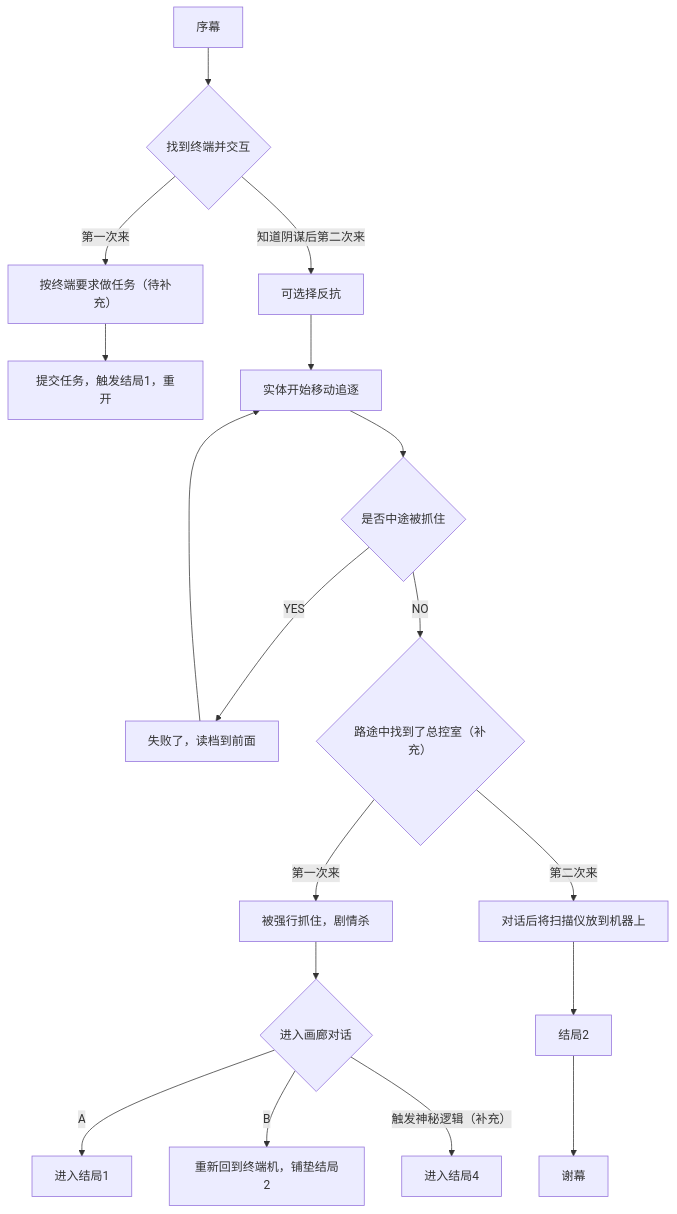
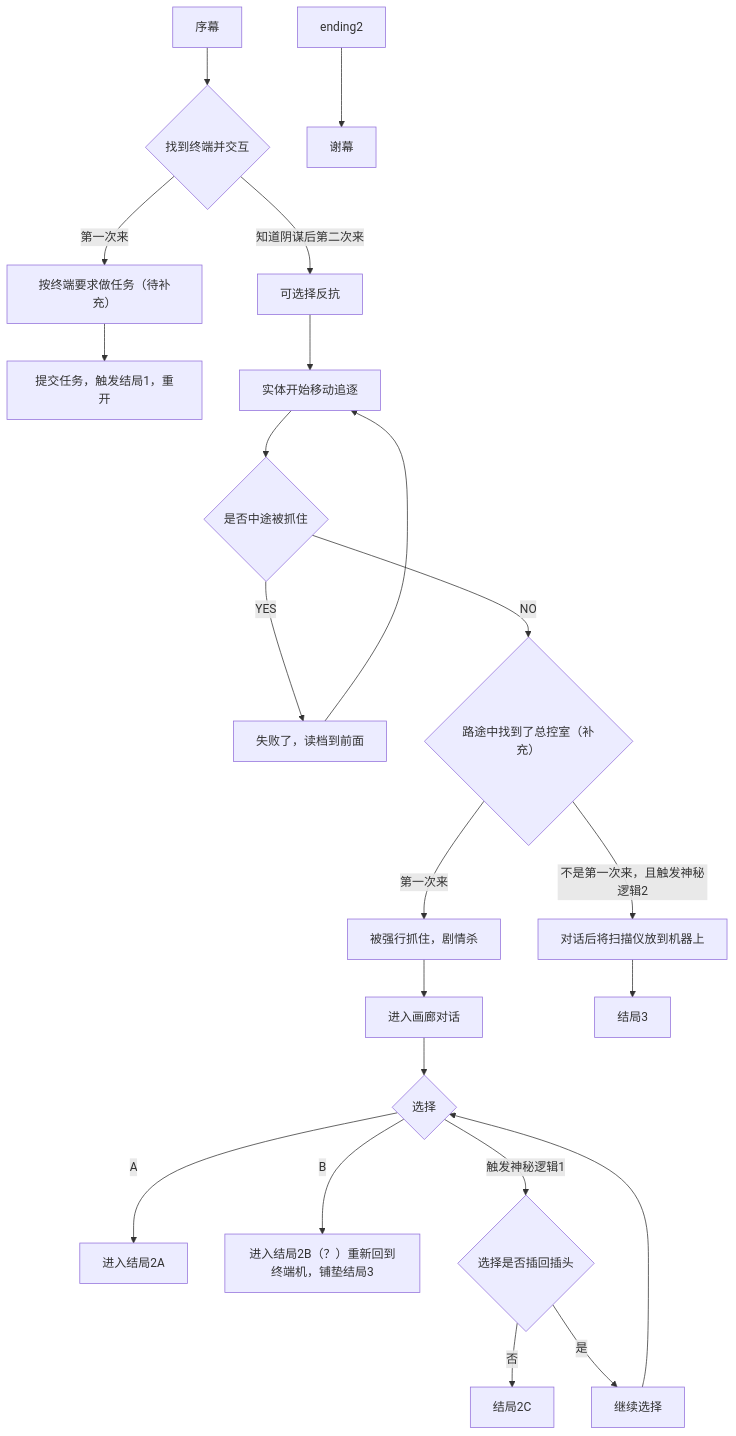
Before and after one commit to yht0511/Terminus: the diagram in checkpoint.md, drawn with Mermaid.

````diff
--- a/checkpoint.md
+++ b/checkpoint.md
@@ -3,25 +3,29 @@
 ```mermaid
 graph TD
     pre[序幕]-->start{找到终端并交互}
     start -->|第一次来| section1_1[按终端要求做任务（待补充）]
     start -->|知道阴谋后第二次来| section2_1[可选择反抗]
 
     section1_1 --> ending1[提交任务，触发结局1，重开]
     section2_1 --> section2_2[实体开始移动追逐]
     section2_2 --> section2_3{是否中途被抓住}
     section2_3 -->|YES| fail[失败了，读档到前面]
     fail --> section2_2
     section2_3 -->|NO| success{路途中找到了总控室（补充）}
 
     success --> |第一次来| section3_1[被强行抓住，剧情杀]
-    success --> |第二次来| section4[对话后将扫描仪放到机器上]
+    success --> |不是第一次来，且触发神秘逻辑2| section4[对话后将扫描仪放到机器上]
     
-    section3_1 --> section3_2{进入画廊对话}
-    section3_2 --> |A| ending11[进入结局1]
-    section3_2 --> |B| restart[重新回到终端机，铺垫结局2]
-    section3_2 --> |触发神秘逻辑（补充）| ending3[进入结局4]
+    section3_1 --> section3_1_1[进入画廊对话]
+    section3_1_1 --> section3_2{选择}
+    section3_2 --> |A| ending2A[进入结局2A]
+    section3_2 --> |B| restart[进入结局2B（？）重新回到终端机，铺垫结局3]
+    section3_2 --> |触发神秘逻辑1| section3_2_1{选择是否插回插头}
+    section3_2_1 --> |否| ending2C[结局2C]
+    section3_2_1 --> |是| continue[继续选择]
+    continue --> section3_2
 
-    section4 --> ending2[结局2]
+    section4 --> ending3[结局3]
     ending2 --> final[谢幕]
 
 ```
````
